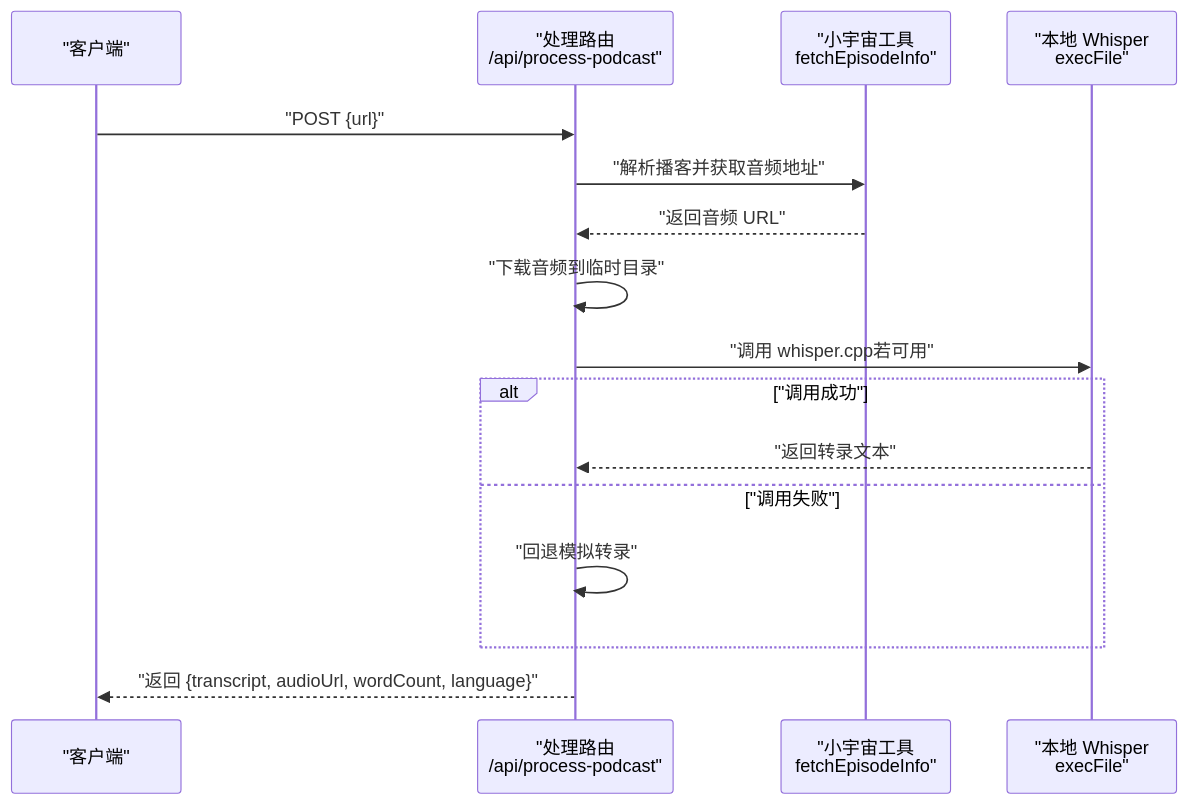
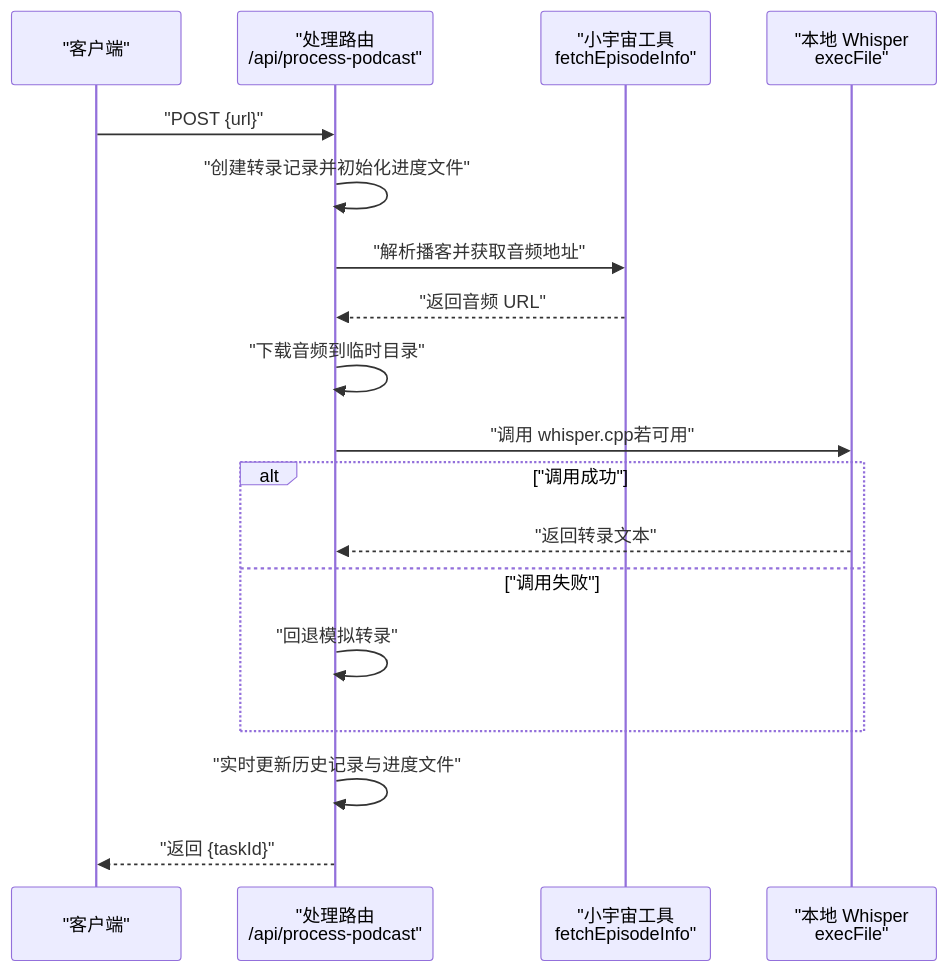
One commit to clawbotai/memo-flow changed the fourth of 13 diagrams in .qoder/repowiki/zh/content/架构设计/数据流设计.md. Above: the diagram before and after it, drawn with Mermaid. The commit also changed other lines of this file and 14 other files, not shown here.

First line of the commit message:
feat(api): 优化转录进度合并策略和详情视图功能

````diff
--- a/.qoder/repowiki/zh/content/架构设计/数据流设计.md
+++ b/.qoder/repowiki/zh/content/架构设计/数据流设计.md
@@ -193,18 +223,20 @@
 ```mermaid
 sequenceDiagram
 participant C as "客户端"
 participant A as "处理路由<br/>/api/process-podcast"
 participant X as "小宇宙工具<br/>fetchEpisodeInfo"
 participant W as "本地 Whisper<br/>execFile"
 C->>A : "POST {url}"
+A->>A : "创建转录记录并初始化进度文件"
 A->>X : "解析播客并获取音频地址"
 X-->>A : "返回音频 URL"
 A->>A : "下载音频到临时目录"
 A->>W : "调用 whisper.cpp若可用"
 alt "调用成功"
 W-->>A : "返回转录文本"
 else "调用失败"
 A->>A : "回退模拟转录"
 end
-A-->>C : "返回 {transcript, audioUrl, wordCount, language}"
+A->>A : "实时更新历史记录与进度文件"
+A-->>C : "返回 {taskId}"
 ```
````
